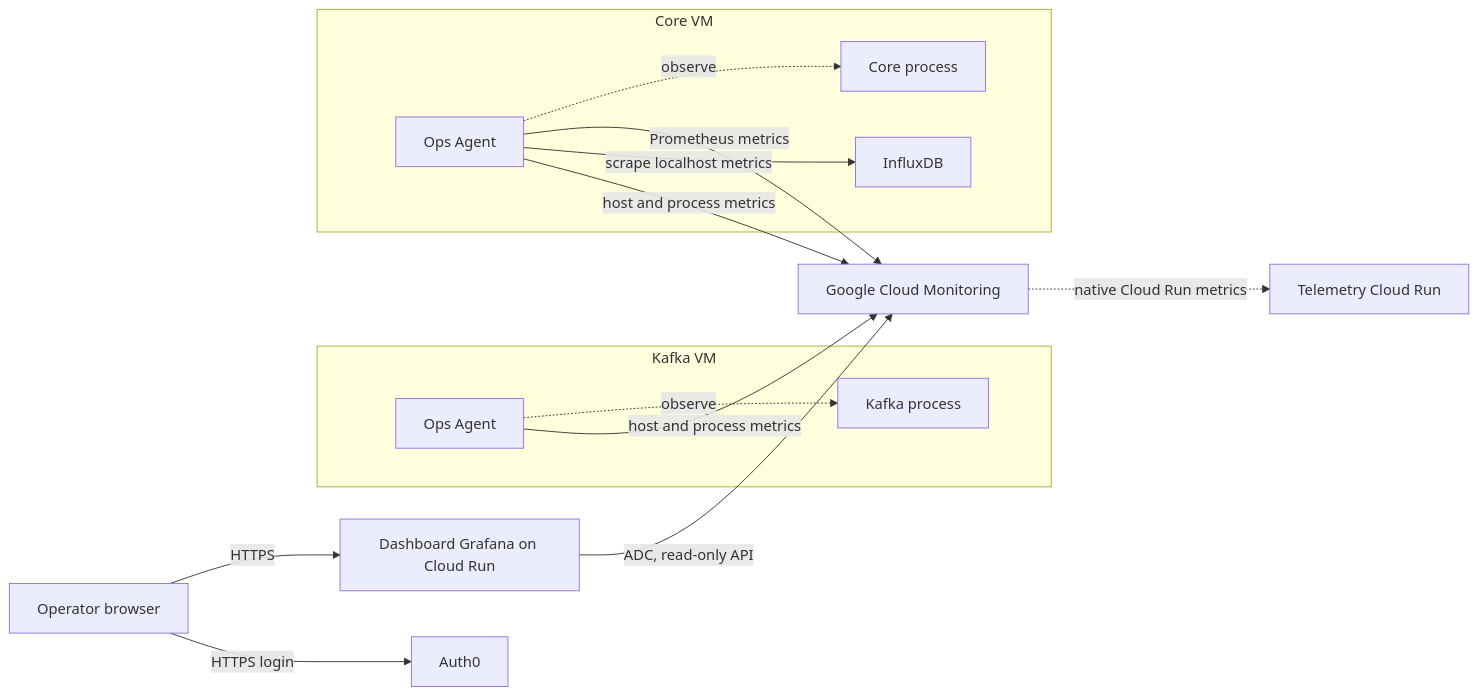
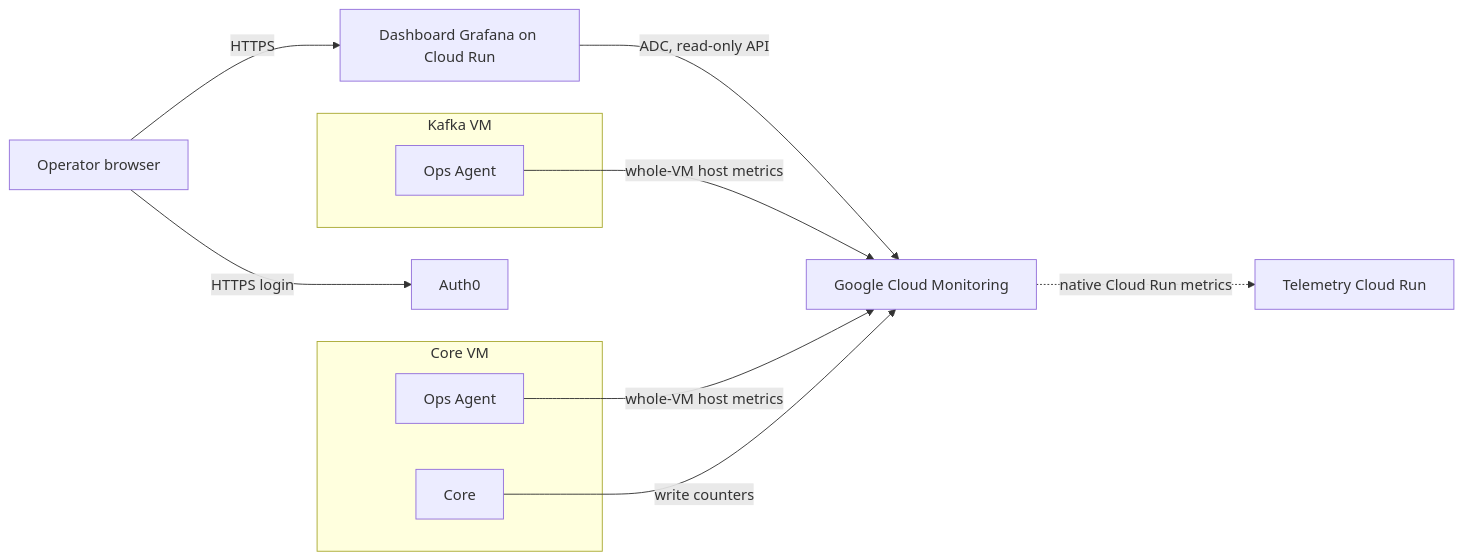
One commit to ChronoRacer/chronoracer changed the diagram in docs/component-dashboard.md. Above: the diagram before and after it, drawn with Mermaid. The commit also changed other lines of this file and 25 other files, not shown here.

````diff
--- a/docs/component-dashboard.md
+++ b/docs/component-dashboard.md
@@ -59,28 +58,23 @@
 ```mermaid
 flowchart LR
     Operator[Operator browser]
     Auth0[Auth0]
     Dash[Dashboard Grafana on Cloud Run]
     Monitoring[Google Cloud Monitoring]
     subgraph kafkaVm [Kafka VM]
         KafkaAgent[Ops Agent]
-        Kafka[Kafka process]
     end
     subgraph coreVm [Core VM]
         CoreAgent[Ops Agent]
-        Core[Core process]
-        Influx[InfluxDB]
+        Core[Core]
     end
     Telemetry[Telemetry Cloud Run]
 
     Operator -->|HTTPS login| Auth0
     Operator -->|HTTPS| Dash
     Dash -->|ADC, read-only API| Monitoring
-    KafkaAgent -->|host and process metrics| Monitoring
-    CoreAgent -->|host and process metrics| Monitoring
-    CoreAgent -->|scrape localhost metrics| Influx
-    CoreAgent -->|Prometheus metrics| Monitoring
+    KafkaAgent -->|whole-VM host metrics| Monitoring
+    CoreAgent -->|whole-VM host metrics| Monitoring
+    Core -->|write counters| Monitoring
     Monitoring -.->|native Cloud Run metrics| Telemetry
-    KafkaAgent -.->|observe| Kafka
-    CoreAgent -.->|observe| Core
 ```
````
